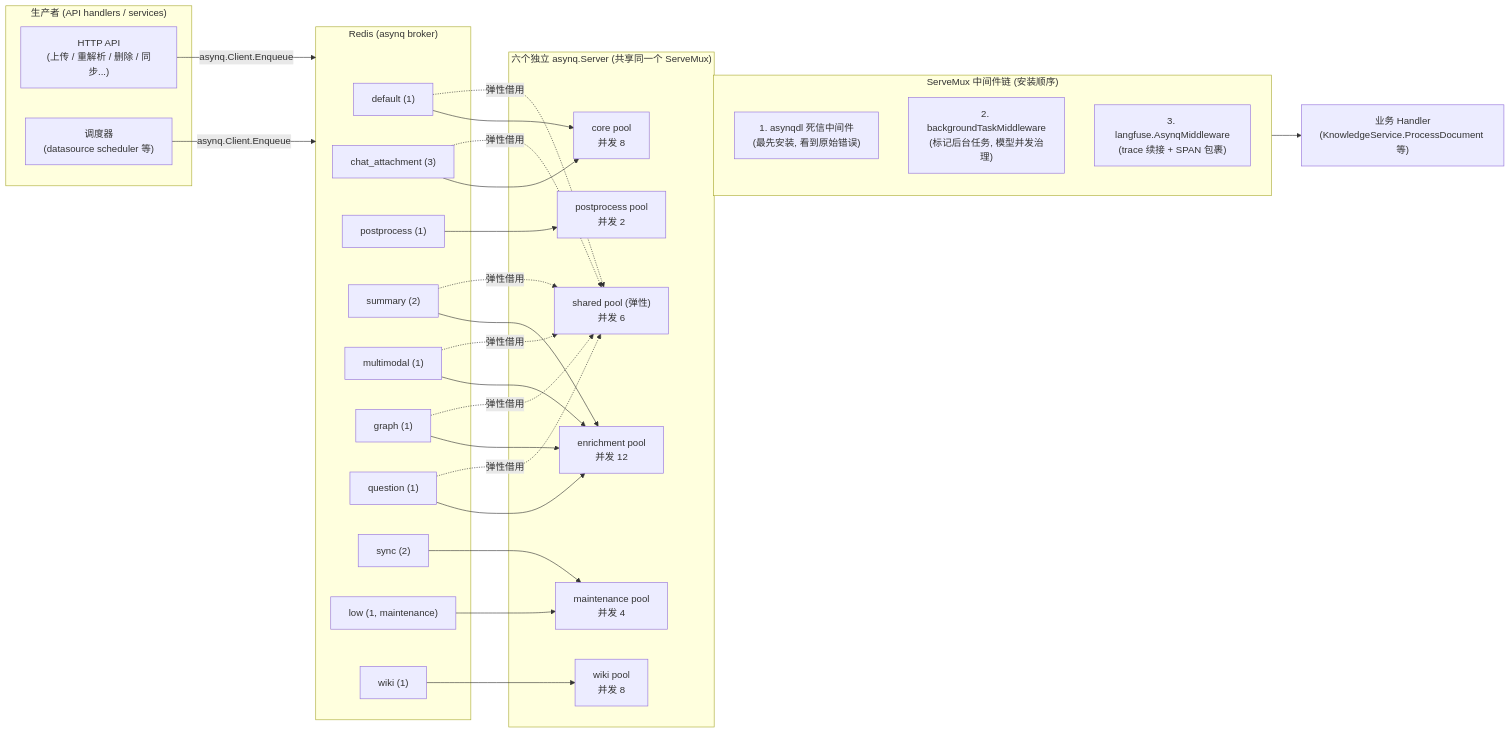
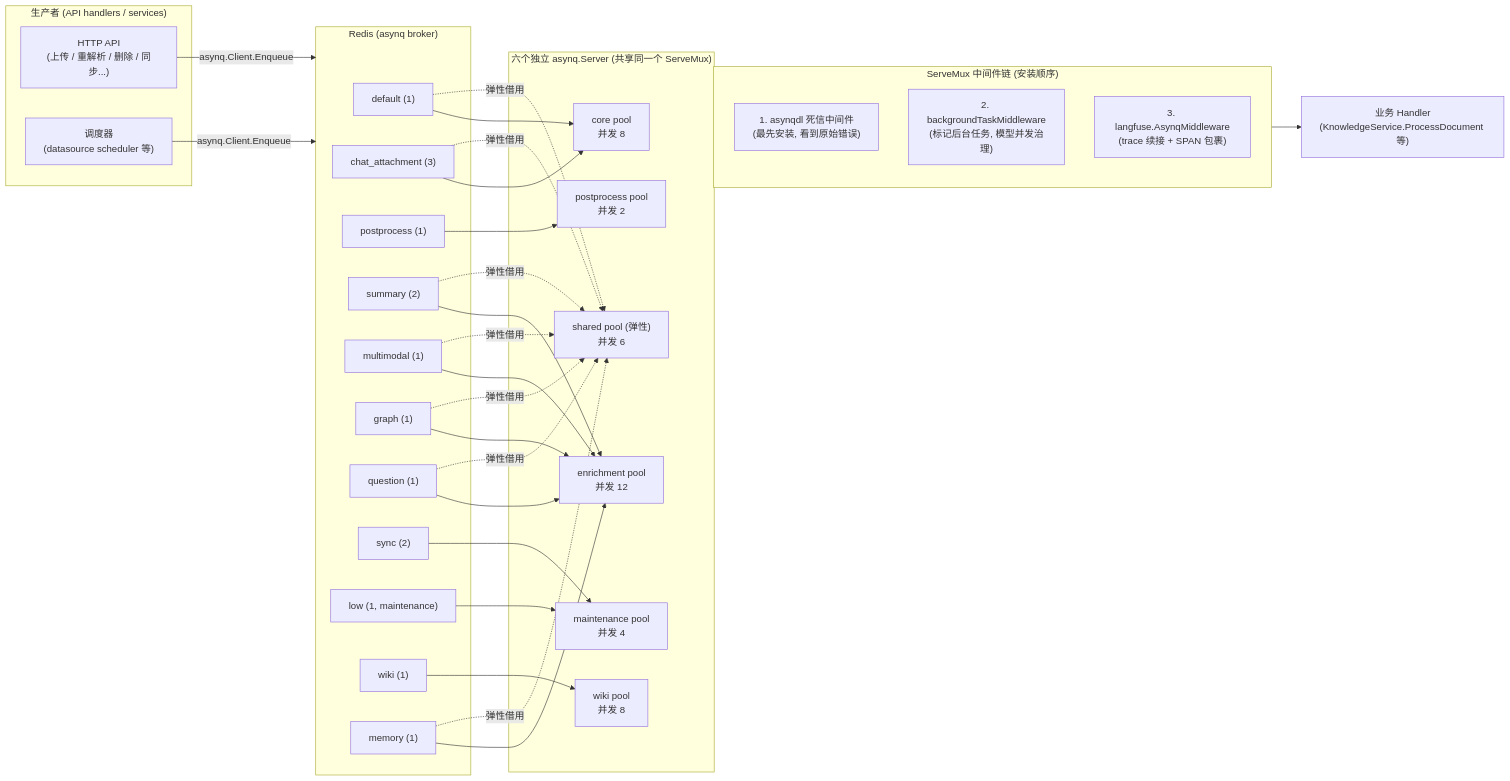
Before and after one commit to qinlei131479/WeKnora: the first of 3 diagrams in apps/docs/02-architecture/05-async-tasks.md, drawn with Mermaid. The commit also changed other lines of this file and 66 other files, not shown here.

````diff
--- a/apps/docs/02-architecture/05-async-tasks.md
+++ b/apps/docs/02-architecture/05-async-tasks.md
@@ -110,55 +103,58 @@
 ```mermaid
 flowchart LR
     subgraph Producers["生产者 (API handlers / services)"]
         API["HTTP API<br/>(上传 / 重解析 / 删除 / 同步...)"]
         CRON["调度器<br/>(datasource scheduler 等)"]
     end
     API -->|"asynq.Client.Enqueue"| REDIS
     CRON -->|"asynq.Client.Enqueue"| REDIS
 
     subgraph REDIS["Redis (asynq broker)"]
         Q1["default (1)"]
         Q2["chat_attachment (3)"]
         Q3["postprocess (1)"]
         Q4["summary (2)"]
         Q5["multimodal (1)"]
         Q6["graph (1)"]
         Q7["question (1)"]
         Q8["sync (2)"]
         Q9["low (1, maintenance)"]
         Q10["wiki (1)"]
+        Q11["memory (1)"]
     end
 
     subgraph Workers["六个独立 asynq.Server (共享同一个 ServeMux)"]
         CORE["core pool<br/>并发 8"]
         PP["postprocess pool<br/>并发 2"]
         EN["enrichment pool<br/>并发 12"]
         MT["maintenance pool<br/>并发 4"]
         SH["shared pool (弹性)<br/>并发 6"]
         WK["wiki pool<br/>并发 8"]
     end
 
     Q1 --> CORE
     Q2 --> CORE
     Q3 --> PP
     Q4 --> EN
     Q5 --> EN
     Q6 --> EN
     Q7 --> EN
     Q8 --> MT
     Q9 --> MT
     Q10 --> WK
+    Q11 --> EN
+    Q11 -. "弹性借用" .-> SH
     Q1 -. "弹性借用" .-> SH
     Q2 -. "弹性借用" .-> SH
     Q4 -. "弹性借用" .-> SH
     Q5 -. "弹性借用" .-> SH
     Q6 -. "弹性借用" .-> SH
     Q7 -. "弹性借用" .-> SH
 
     subgraph MW["ServeMux 中间件链 (安装顺序)"]
         M1["1. asynqdl 死信中间件<br/>(最先安装, 看到原始错误)"]
         M2["2. backgroundTaskMiddleware<br/>(标记后台任务, 模型并发治理)"]
         M3["3. langfuse.AsynqMiddleware<br/>(trace 续接 + SPAN 包裹)"]
     end
     Workers --> MW --> H["业务 Handler<br/>(KnowledgeService.ProcessDocument 等)"]
 ```
````
